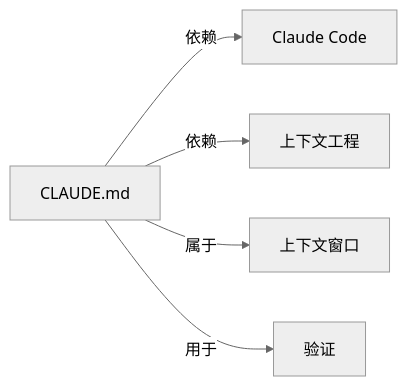
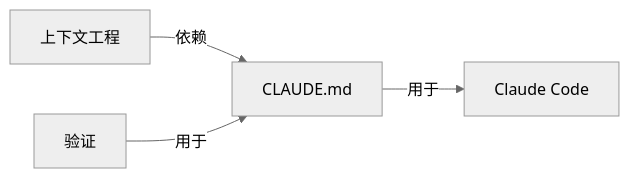
One commit to yibie/claude-best-practices-zh changed the diagram in wiki/CLAUDE-md.md. Above: the diagram before and after it, drawn with Mermaid (neutral theme). The commit also changed other lines of this file and 407 other files, not shown here.

Commit message:
feat: DeepSeek 三遍审校（译文/关系/图谱）+ 可部署静态站点

````diff
--- a/wiki/CLAUDE-md.md
+++ b/wiki/CLAUDE-md.md
@@ -47,8 +47,7 @@
 ```mermaid
 graph LR
   C["CLAUDE.md"]
-  C -->|依赖| N0["Claude Code"]
-  C -->|依赖| N1["上下文工程"]
-  C -->|属于| N2["上下文窗口"]
-  C -->|用于| N3["验证"]
+  C -->|用于| N0["Claude Code"]
+  N1["上下文工程"] -->|依赖| C
+  N2["验证"] -->|用于| C
 ```
````
